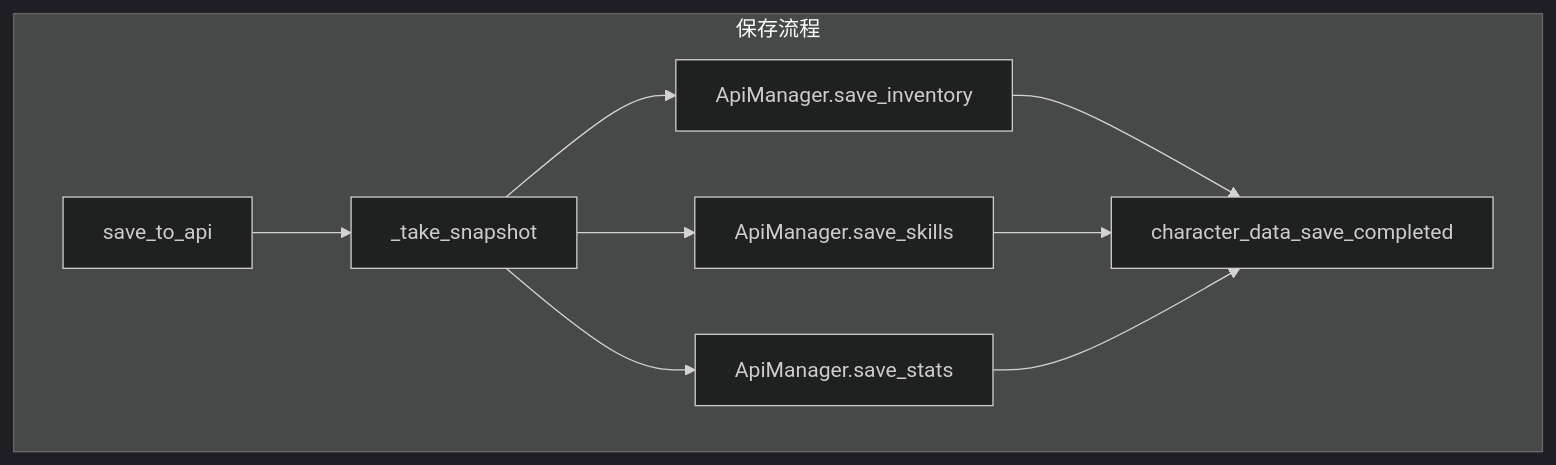
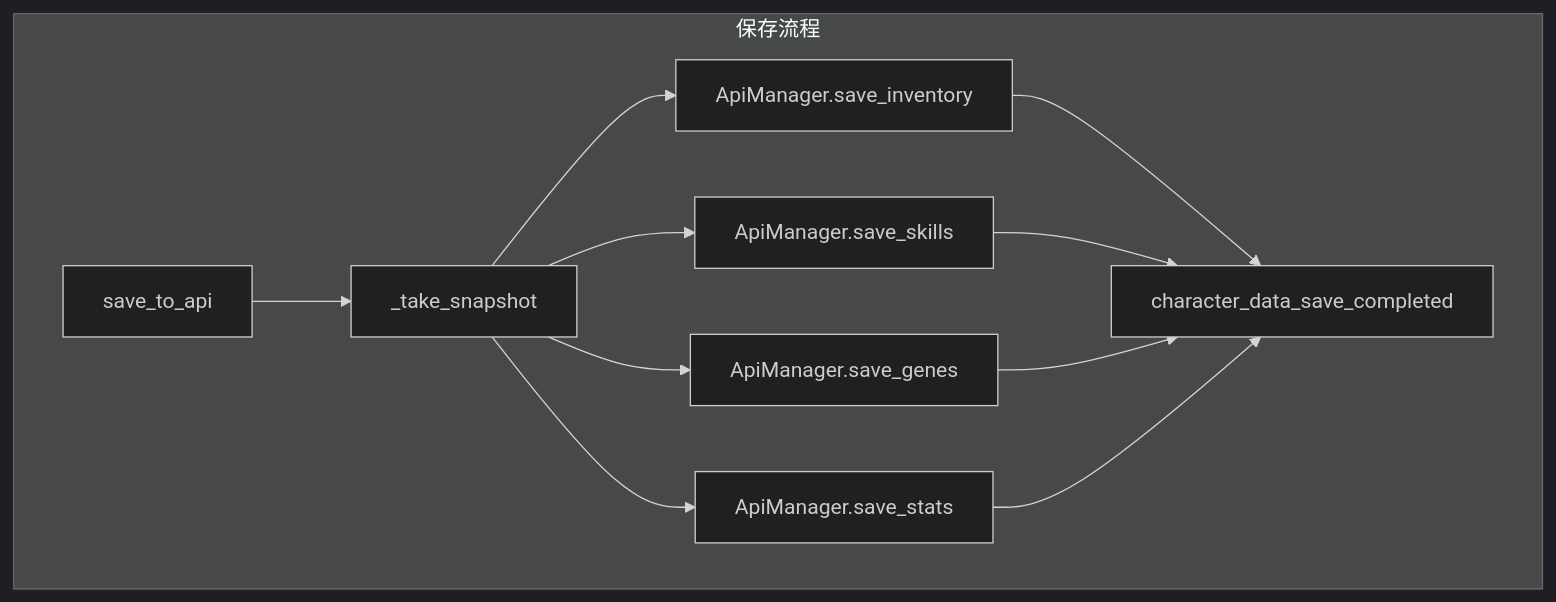
The third of 3 diagrams in docs/CharacterDataManager.md (baixuan297/Human-Disaster), drawn with Mermaid (dark theme) before and after one commit. The commit also changed other lines of this file and 117 other files, not shown here.

````diff
--- a/docs/CharacterDataManager.md
+++ b/docs/CharacterDataManager.md
@@ -101,18 +110,21 @@
 ```mermaid
 flowchart TB
     subgraph save [保存流程]
         SaveAPI[save_to_api]
         TakeSnap[_take_snapshot]
         PostInv[ApiManager.save_inventory]
         PostSkills[ApiManager.save_skills]
+        PostGenes[ApiManager.save_genes]
         PostStats[ApiManager.save_stats]
         EmitComplete[character_data_save_completed]
     end
     SaveAPI --> TakeSnap
     TakeSnap --> PostInv
     TakeSnap --> PostSkills
+    TakeSnap --> PostGenes
     TakeSnap --> PostStats
     PostInv --> EmitComplete
     PostSkills --> EmitComplete
+    PostGenes --> EmitComplete
     PostStats --> EmitComplete
 ```
````
